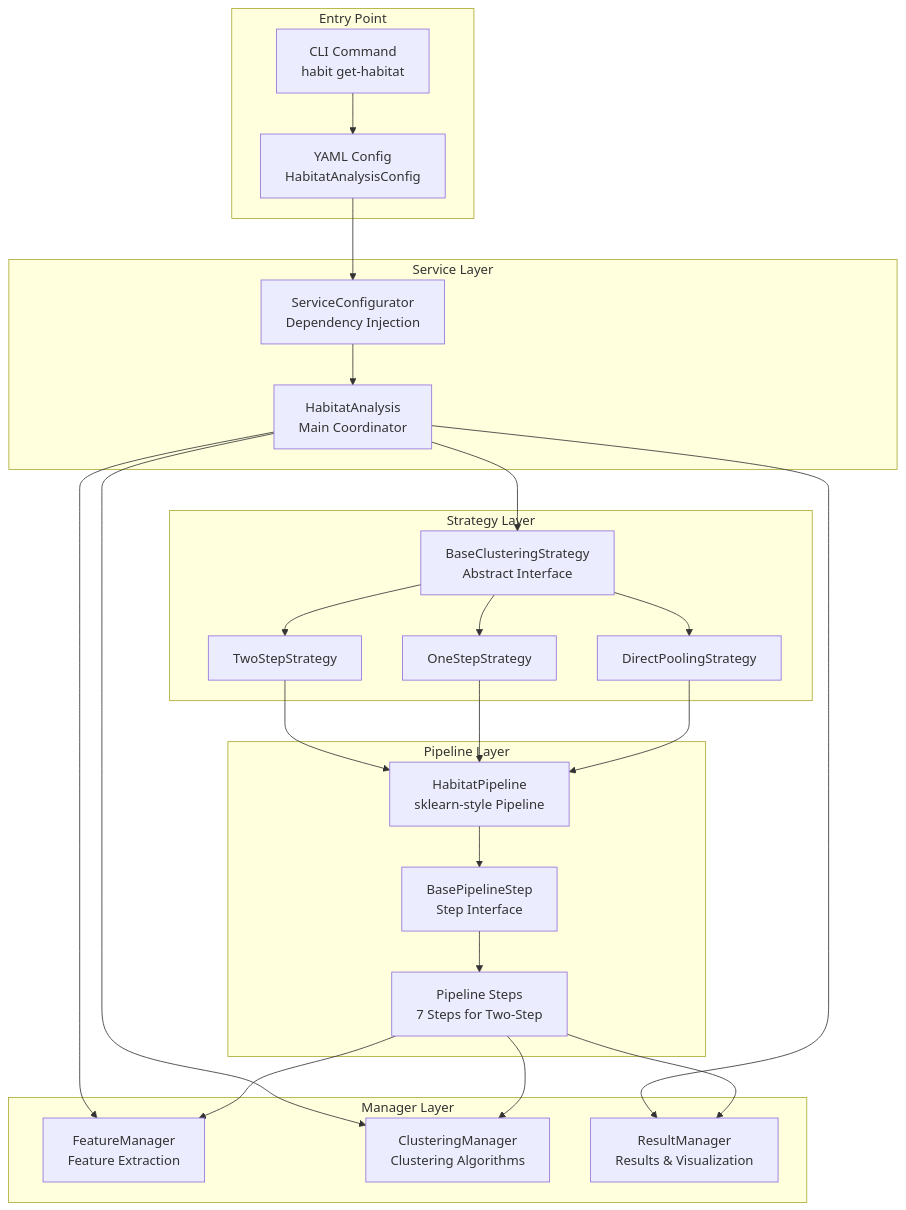
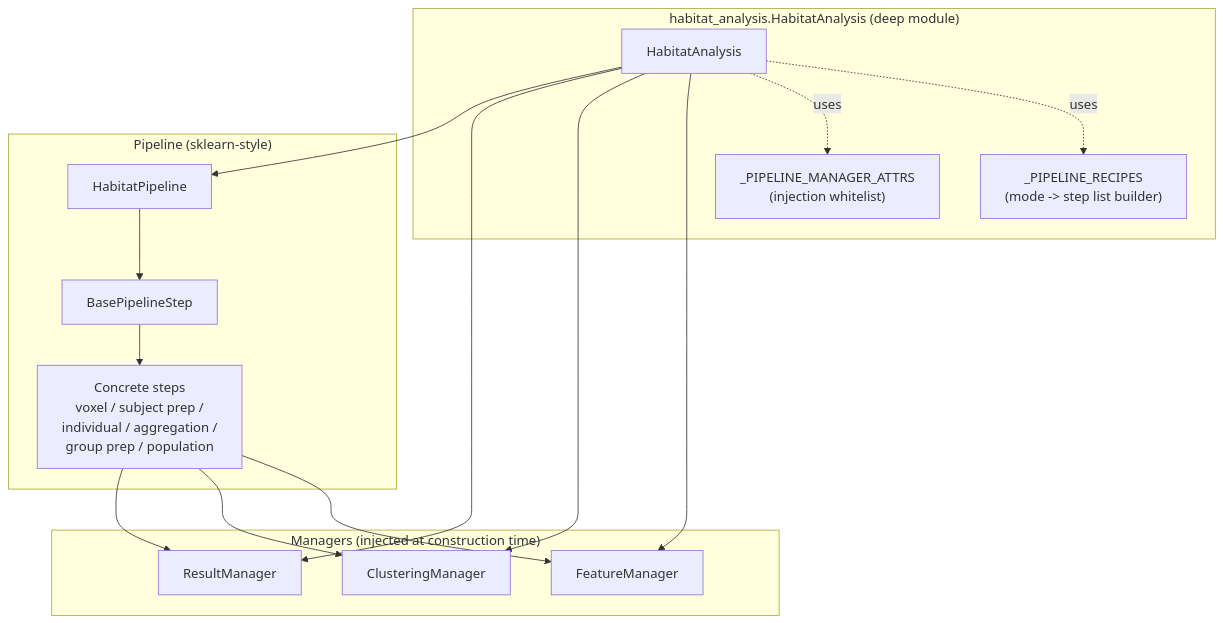
One commit to lichao312214129/HABIT changed the first of 4 diagrams in habit/core/habitat_analysis/ARCHITECTURE.md. Above: the diagram before and after it, drawn with Mermaid. The commit also changed other lines of this file and 93 other files, not shown here.

````diff
--- a/habit/core/habitat_analysis/ARCHITECTURE.md
+++ b/habit/core/habitat_analysis/ARCHITECTURE.md
@@ -30,50 +113,32 @@
 ```mermaid
 graph TB
-    subgraph "Entry Point"
-        CLI[CLI Command<br/>habit get-habitat]
-        Config[YAML Config<br/>HabitatAnalysisConfig]
+    subgraph "habitat_analysis.HabitatAnalysis (deep module)"
+        HA[HabitatAnalysis]
+        Rec["_PIPELINE_RECIPES<br/>(mode -> step list builder)"]
+        Wl["_PIPELINE_MANAGER_ATTRS<br/>(injection whitelist)"]
+        HA -.uses.-> Rec
+        HA -.uses.-> Wl
     end
-    
-    subgraph "Service Layer"
-        SC[ServiceConfigurator<br/>Dependency Injection]
-        HA[HabitatAnalysis<br/>Main Coordinator]
+
+    subgraph "Managers (injected at construction time)"
+        FM[FeatureManager]
+        CM[ClusteringManager]
+        RM[ResultManager]
     end
-    
-    subgraph "Manager Layer"
-        FM[FeatureManager<br/>Feature Extraction]
-        CM[ClusteringManager<br/>Clustering Algorithms]
-        RM[ResultManager<br/>Results & Visualization]
+
+    subgraph "Pipeline (sklearn-style)"
+        HP[HabitatPipeline]
+        BPS[BasePipelineStep]
+        Steps[Concrete steps<br/>voxel / subject prep /<br/>individual / aggregation /<br/>group prep / population]
     end
-    
-    subgraph "Strategy Layer"
-        BS[BaseClusteringStrategy<br/>Abstract Interface]
-        TS[TwoStepStrategy]
-        OS[OneStepStrategy]
-        DP[DirectPoolingStrategy]
-    end
-    
-    subgraph "Pipeline Layer"
-        HP[HabitatPipeline<br/>sklearn-style Pipeline]
-        BPS[BasePipelineStep<br/>Step Interface]
-        Steps[Pipeline Steps<br/>7 Steps for Two-Step]
-    end
-    
-    CLI --> Config
-    Config --> SC
-    SC --> HA
+
     HA --> FM
     HA --> CM
     HA --> RM
-    HA --> BS
-    BS --> TS
-    BS --> OS
-    BS --> DP
-    TS --> HP
-    OS --> HP
-    DP --> HP
+    HA --> HP
     HP --> BPS
     BPS --> Steps
     Steps --> FM
     Steps --> CM
     Steps --> RM
 ```
````
